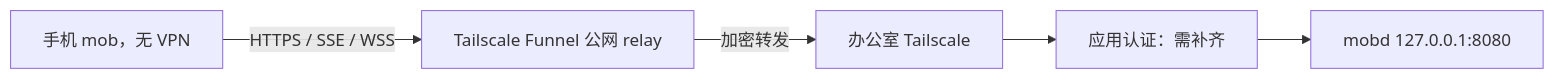
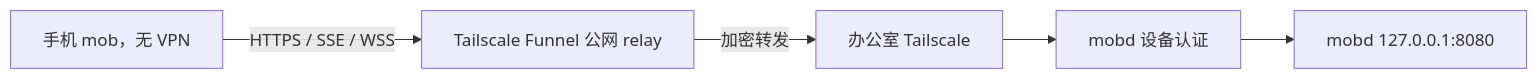
Before and after one commit to xrdavies/mobd: the first of 3 diagrams in docs/remote-access.md, drawn with Mermaid. The commit also changed other lines of this file and 30 other files, not shown here.

````diff
--- a/docs/remote-access.md
+++ b/docs/remote-access.md
@@ -67,7 +66,7 @@
 ```mermaid
 flowchart LR
     P[手机 mob，无 VPN] -->|HTTPS / SSE / WSS| F[Tailscale Funnel 公网 relay]
     F -->|加密转发| O[办公室 Tailscale]
-    O --> G[应用认证：需补齐]
+    O --> G[mobd 设备认证]
     G --> M[mobd 127.0.0.1:8080]
 ```
````
